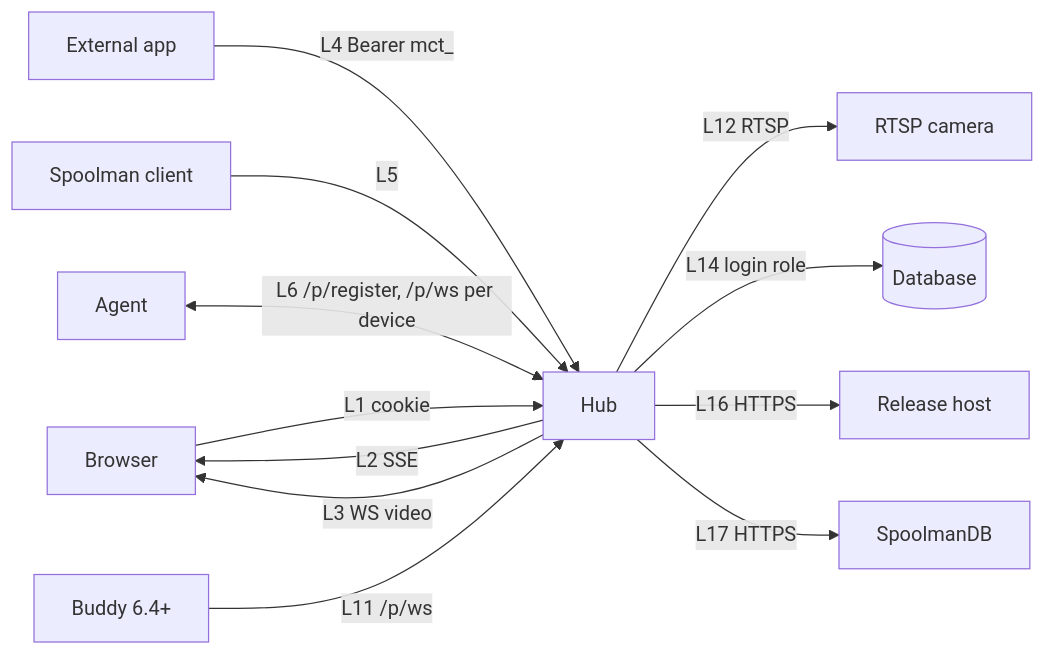
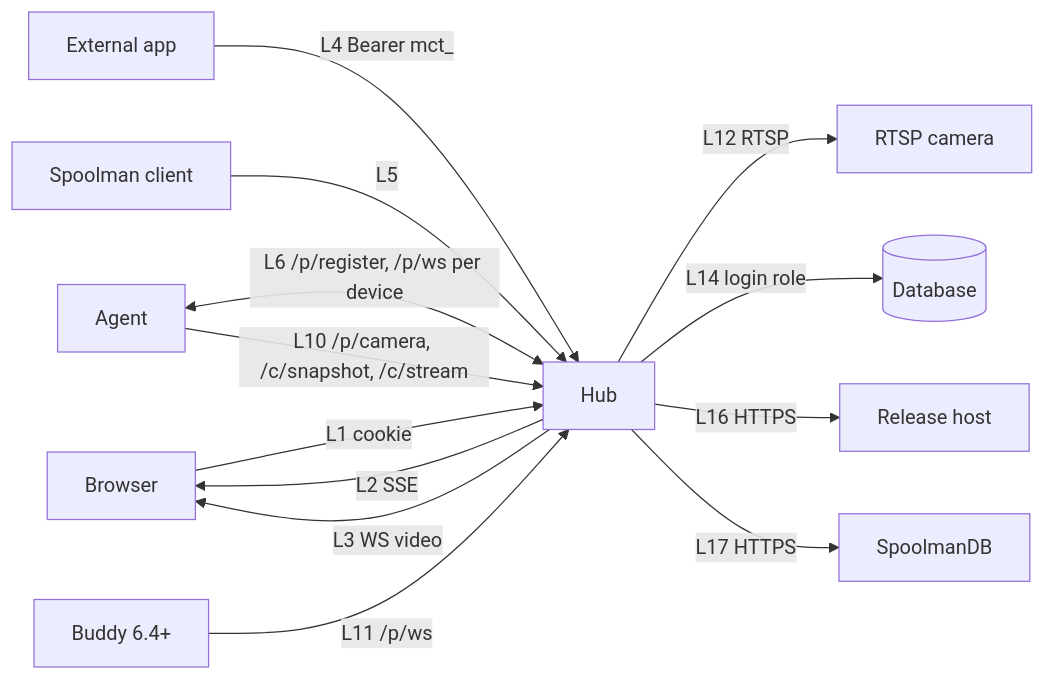
The diagram in docs/design/links.md (CuriousTimo/Maker-Connect), drawn with Mermaid before and after one commit. The commit also changed other lines of this file and 5 other files, not shown here.

````diff
--- a/docs/design/links.md
+++ b/docs/design/links.md
@@ -39,24 +39,25 @@
 ```mermaid
 flowchart LR
   browser["Browser"]
   app["External app"]
   spool["Spoolman client"]
   agent["Agent"]
   xl["Buddy 6.4+"]
   hub["Hub"]
   db[("Database")]
   cam["RTSP camera"]
   rel["Release host"]
   sdb["SpoolmanDB"]
   browser -->|"L1 cookie"| hub
   hub -->|"L2 SSE"| browser
   hub -->|"L3 WS video"| browser
   app -->|"L4 Bearer mct_"| hub
   spool -->|"L5"| hub
   agent <-->|"L6 /p/register, /p/ws per device"| hub
+  agent -->|"L10 /p/camera, /c/snapshot, /c/stream"| hub
   xl -->|"L11 /p/ws"| hub
   hub -->|"L12 RTSP"| cam
   hub -->|"L14 login role"| db
   hub -->|"L16 HTTPS"| rel
   hub -->|"L17 HTTPS"| sdb
 ```
````
